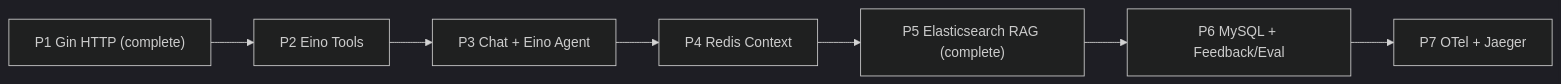
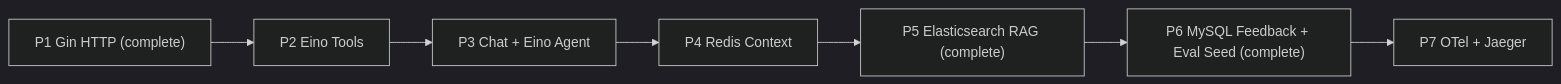
One commit to jiawei-wang-dev/WatchOps-Lite changed the diagram in docs/ROADMAP.md. Above: the diagram before and after it, drawn with Mermaid (dark theme). The commit also changed other lines of this file and 35 other files, not shown here.

First line of the commit message:
feat: add MySQL feedback and eval seed

````diff
--- a/docs/ROADMAP.md
+++ b/docs/ROADMAP.md
@@ -161,9 +162,9 @@
 ```mermaid
 flowchart LR
     P1["P1 Gin HTTP (complete)"] --> P2["P2 Eino Tools"]
     P2 --> P3["P3 Chat + Eino Agent"]
     P3 --> P4["P4 Redis Context"]
     P4 --> P5["P5 Elasticsearch RAG (complete)"]
-    P5 --> P6["P6 MySQL + Feedback/Eval"]
+    P5 --> P6["P6 MySQL Feedback + Eval Seed (complete)"]
     P6 --> P7["P7 OTel + Jaeger"]
 ```
````
